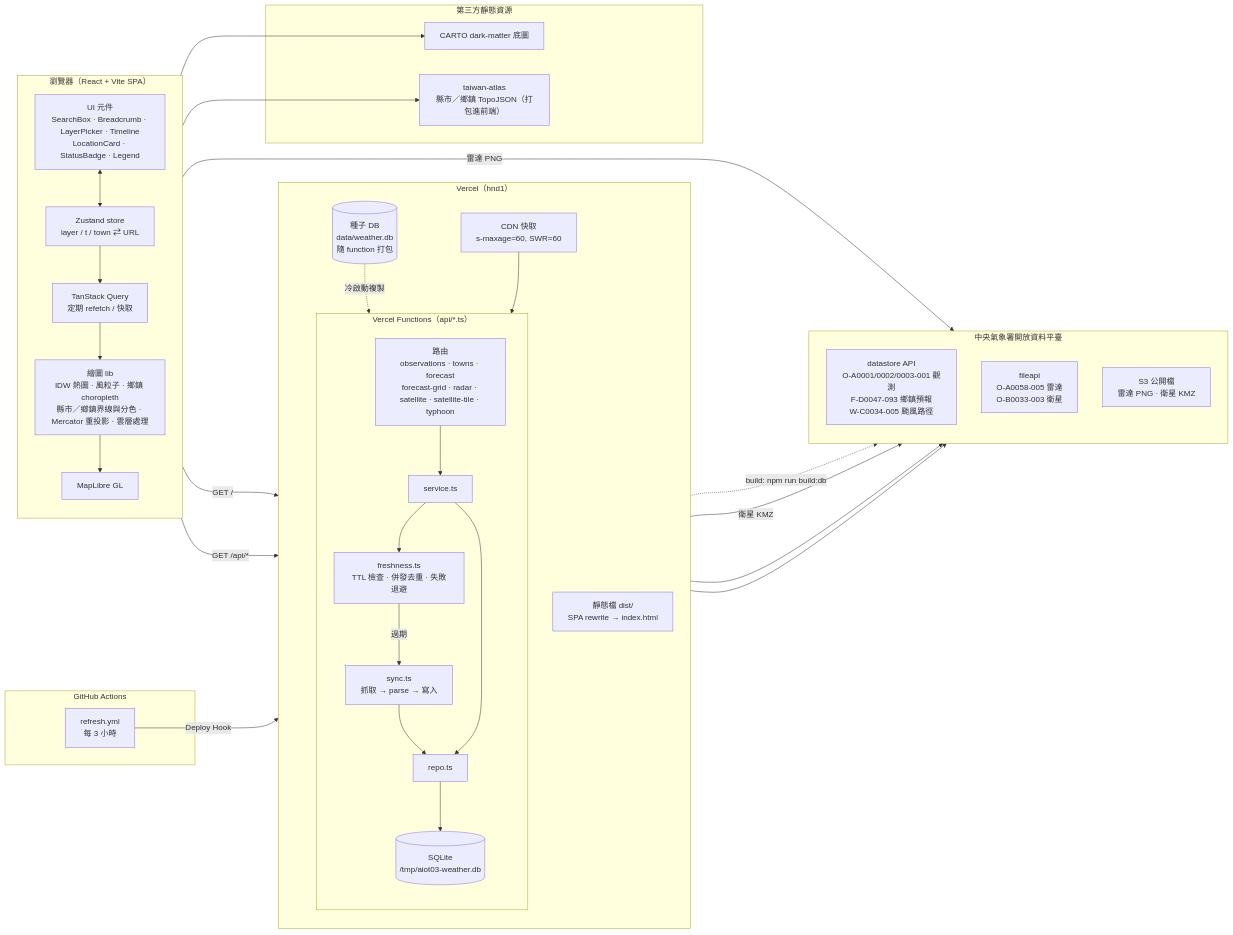
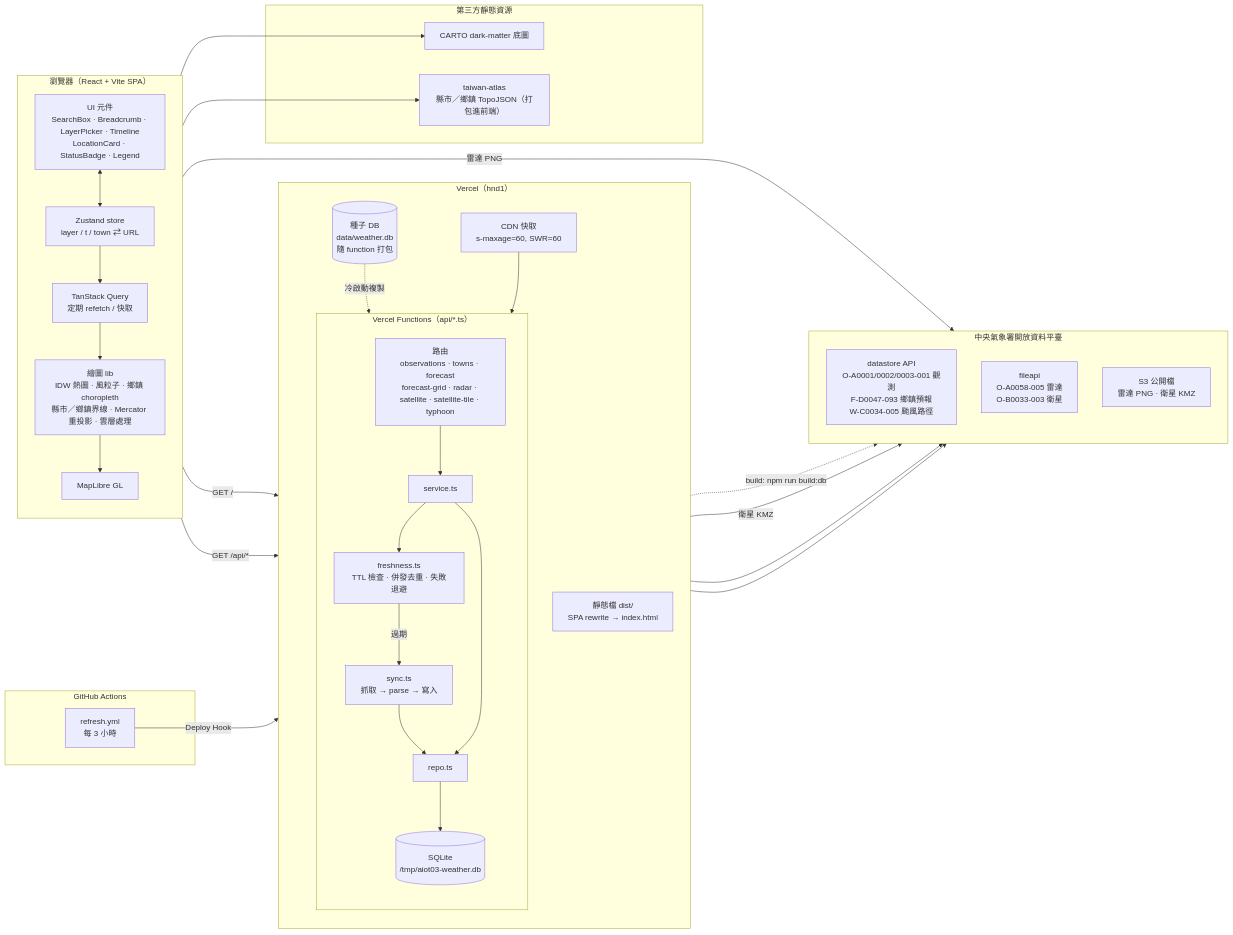
Before and after one commit to anjyuelee/aiot03: the first of 3 diagrams in README.md, drawn with Mermaid. The commit also changed other lines of this file and 4 other files, not shown here.

````diff
--- a/README.md
+++ b/README.md
@@ -39,62 +39,62 @@
 ```mermaid
 flowchart LR
   subgraph Browser["瀏覽器（React + Vite SPA）"]
     direction TB
     UI["UI 元件<br/>SearchBox · Breadcrumb · LayerPicker · Timeline<br/>LocationCard · StatusBadge · Legend"]
     Store["Zustand store<br/>layer / t / town ⇄ URL"]
     Query["TanStack Query<br/>定期 refetch / 快取"]
-    Render["繪圖 lib<br/>IDW 熱圖 · 風粒子 · 鄉鎮 choropleth<br/>縣市／鄉鎮界線與分色 · Mercator 重投影 · 雲層處理"]
+    Render["繪圖 lib<br/>IDW 熱圖 · 風粒子 · 鄉鎮 choropleth<br/>縣市／鄉鎮界線 · Mercator 重投影 · 雲層處理"]
     Map["MapLibre GL"]
     UI <--> Store
     Store --> Query
     Query --> Render --> Map
   end
 
   subgraph Vercel["Vercel（hnd1）"]
     direction TB
     Static["靜態檔 dist/<br/>SPA rewrite → index.html"]
     CDN["CDN 快取<br/>s-maxage=60, SWR=60"]
     subgraph Fn["Vercel Functions（api/*.ts）"]
       direction TB
       API["路由<br/>observations · towns · forecast<br/>forecast-grid · radar · satellite · satellite-tile · typhoon"]
       Service["service.ts"]
       Fresh["freshness.ts<br/>TTL 檢查 · 併發去重 · 失敗退避"]
       Sync["sync.ts<br/>抓取 → parse → 寫入"]
       Repo["repo.ts"]
       TmpDB[("SQLite<br/>/tmp/aiot03-weather.db")]
       API --> Service --> Fresh
       Fresh -- 過期 --> Sync --> Repo
       Service --> Repo --> TmpDB
     end
     Seed[("種子 DB<br/>data/weather.db<br/>隨 function 打包")]
     Seed -. 冷啟動複製 .-> TmpDB
     CDN --> API
   end
 
   subgraph CWA["中央氣象署開放資料平臺"]
     direction TB
     DS["datastore API<br/>O-A0001/0002/0003-001 觀測<br/>F-D0047-093 鄉鎮預報<br/>W-C0034-005 颱風路徑"]
     FA["fileapi<br/>O-A0058-005 雷達<br/>O-B0033-003 衛星"]
     S3["S3 公開檔<br/>雷達 PNG · 衛星 KMZ"]
   end
 
   subgraph Ext["第三方靜態資源"]
     Carto["CARTO dark-matter 底圖"]
     Atlas["taiwan-atlas<br/>縣市／鄉鎮 TopoJSON（打包進前端）"]
   end
 
   subgraph CI["GitHub Actions"]
     Cron["refresh.yml<br/>每 3 小時"]
   end
 
   Browser -- "GET /" --> Static
   Query -- "GET /api/*" --> CDN
   Map --> Carto
   Render --> Atlas
   Render -- "雷達 PNG" --> S3
   Sync --> DS
   Sync --> FA
   Sync -- "衛星 KMZ" --> S3
   Cron -- "Deploy Hook" --> Vercel
   Vercel -. "build: npm run build:db" .-> CWA
 ```
````
